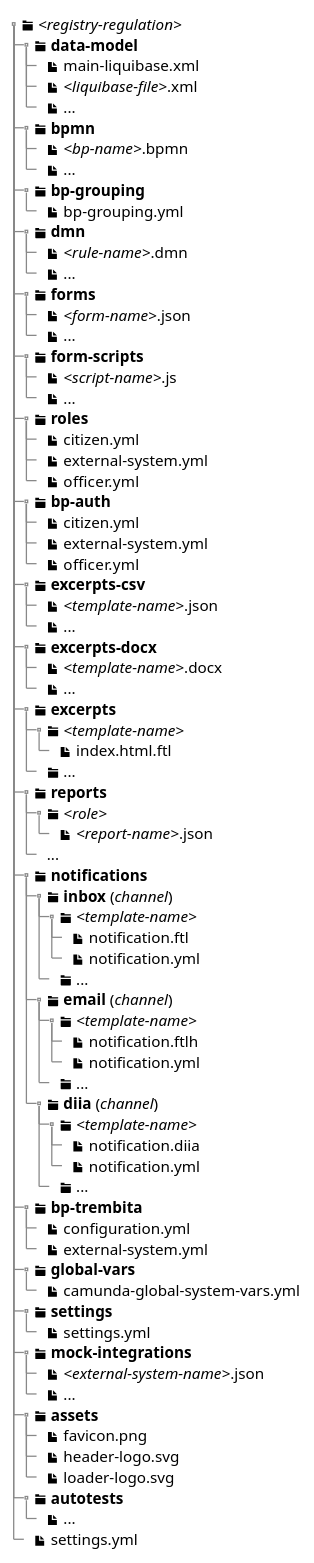
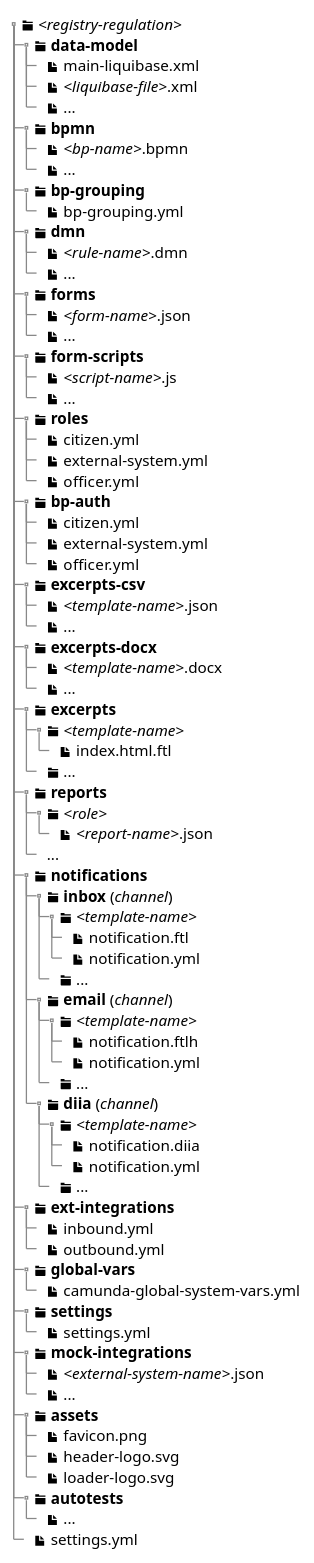
Before and after one commit to epam/edp-ddm-architecture: the diagram in docs/ua/modules/arch/pages/architecture/registry/administrative/regulation-management/registry-regulation/registry-regulation.adoc, drawn with PlantUML. The commit also changed other lines of this file and 11 other files, not shown here.

Commit message:
[EDP-DDM-29207] - Updated bp-trembita to ext-integrations registry folder

```diff
--- a/docs/ua/modules/arch/pages/architecture/registry/administrative/regulation-management/registry-regulation/registry-regulation.adoc
+++ b/docs/ua/modules/arch/pages/architecture/registry/administrative/regulation-management/registry-regulation/registry-regulation.adoc
@@ -32,83 +32,83 @@
 [plantuml, registry-regulation-structure, svg]
 ----
 @startsalt
 {
 {T
 + <&folder> <i><registry-regulation></i>
 ++ <&folder> <b>data-model</b>
 +++ <&file> main-liquibase.xml
 +++ <&file> <i><liquibase-file></i>.xml
 +++ <&file> ...
 ++ <&folder> <b>bpmn</b>
 +++ <&file> <i><bp-name></i>.bpmn
 +++ <&file> ...
 ++ <&folder> <b>bp-grouping</b>
 +++ <&file> bp-grouping.yml
 ++ <&folder> <b>dmn</b>
 +++ <&file> <i><rule-name></i>.dmn
 +++ <&file> ...
 ++ <&folder> <b>forms</b>
 +++ <&file> <i><form-name></i>.json
 +++ <&file> ...
 ++ <&folder> <b>form-scripts</b>
 +++ <&file> <i><script-name></i>.js
 +++ <&file> ...
 ++ <&folder> <b>roles</b>
 +++ <&file> citizen.yml
 +++ <&file> external-system.yml
 +++ <&file> officer.yml
 ++ <&folder> <b>bp-auth</b>
 +++ <&file> citizen.yml
 +++ <&file> external-system.yml
 +++ <&file> officer.yml
 ++ <&folder> <b>excerpts-csv</b>
 +++ <&file> <i><template-name></i>.json
 +++ <&file> ...
 ++ <&folder> <b>excerpts-docx</b>
 +++ <&file> <i><template-name></i>.docx
 +++ <&file> ...
 ++ <&folder> <b>excerpts</b>
 +++ <&folder> <i><template-name></i>
 ++++ <&file> index.html.ftl
 +++ <&folder> ...
 ++ <&folder> <b>reports</b>
 +++ <&folder> <i><role></i>
 ++++ <&file> <i><report-name></i>.json
 +++ ...
 ++ <&folder> <b>notifications</b>
 +++ <&folder> <b>inbox</b> (<i>channel</i>)
 ++++ <&folder> <i><template-name></i>
 +++++ <&file> notification.ftl
 +++++ <&file> notification.yml
 ++++ <&folder> ...
 +++ <&folder> <b>email</b> (<i>channel</i>)
 ++++ <&folder> <i><template-name></i>
 +++++ <&file> notification.ftlh
 +++++ <&file> notification.yml
 ++++ <&folder> ...
 +++ <&folder> <b>diia</b> (<i>channel</i>)
 ++++ <&folder> <i><template-name></i>
 +++++ <&file> notification.diia
 +++++ <&file> notification.yml
 ++++ <&folder> ...
-++ <&folder> <b>bp-trembita</b>
-+++ <&file> configuration.yml
-+++ <&file> external-system.yml
+++ <&folder> <b>ext-integrations</b>
++++ <&file> inbound.yml
++++ <&file> outbound.yml
 ++ <&folder> <b>global-vars</b>
 +++ <&file> camunda-global-system-vars.yml
 ++ <&folder> <b>settings</b>
 +++ <&file> settings.yml
 ++ <&folder> <b>mock-integrations</b>
 +++ <&file> <i><external-system-name></i>.json
 +++ <&file> ...
 ++ <&folder> <b>assets</b>
 +++ <&file> favicon.png
 +++ <&file> header-logo.svg
 +++ <&file> loader-logo.svg
 ++ <&folder> <b>autotests</b>
 +++ <&file> ...
 ++ <&file> settings.yml
 }
 }
 @endsalt
 ----
```
